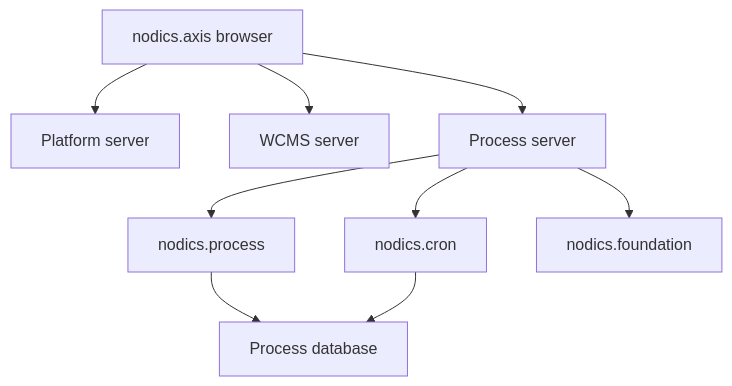
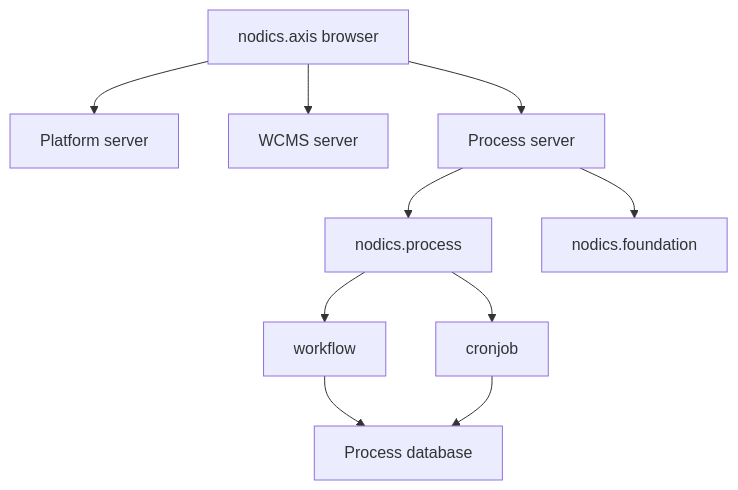
One commit to Nodics/nodics.ai changed the diagram in nodics.docs/docs/pages/nodics.process/devops-topology.md. Above: the diagram before and after it, drawn with Mermaid. The commit also changed other lines of this file and 43 other files, not shown here.

````diff
--- a/nodics.docs/docs/pages/nodics.process/devops-topology.md
+++ b/nodics.docs/docs/pages/nodics.process/devops-topology.md
@@ -12,11 +13,12 @@
 ```mermaid
 flowchart TB
   Axis["nodics.axis browser"] --> Platform["Platform server"]
   Axis --> Wcms["WCMS server"]
   Axis --> ProcessServer["Process server"]
   ProcessServer --> Process["nodics.process"]
-  ProcessServer --> Cron["nodics.cron"]
+  Process --> Workflow["workflow"]
+  Process --> CronJob["cronjob"]
   ProcessServer --> Core["nodics.foundation"]
-  Process --> Mongo["Process database"]
-  Cron --> Mongo
+  Workflow --> Mongo["Process database"]
+  CronJob --> Mongo
 ```
````
